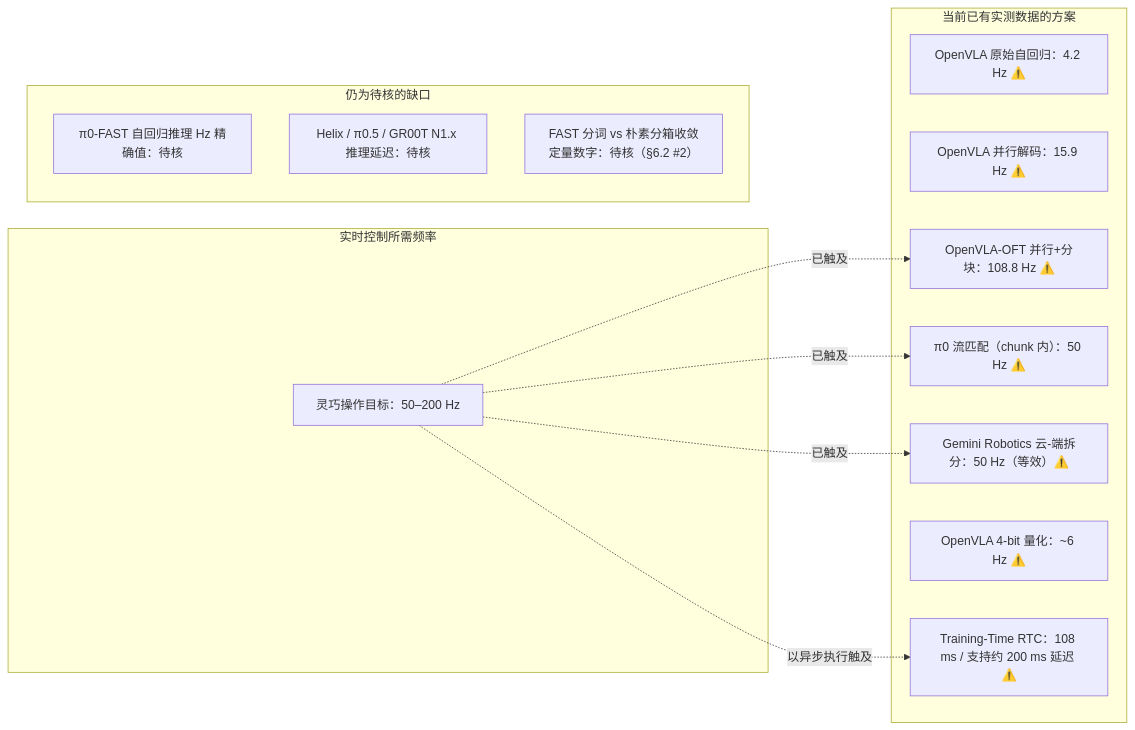
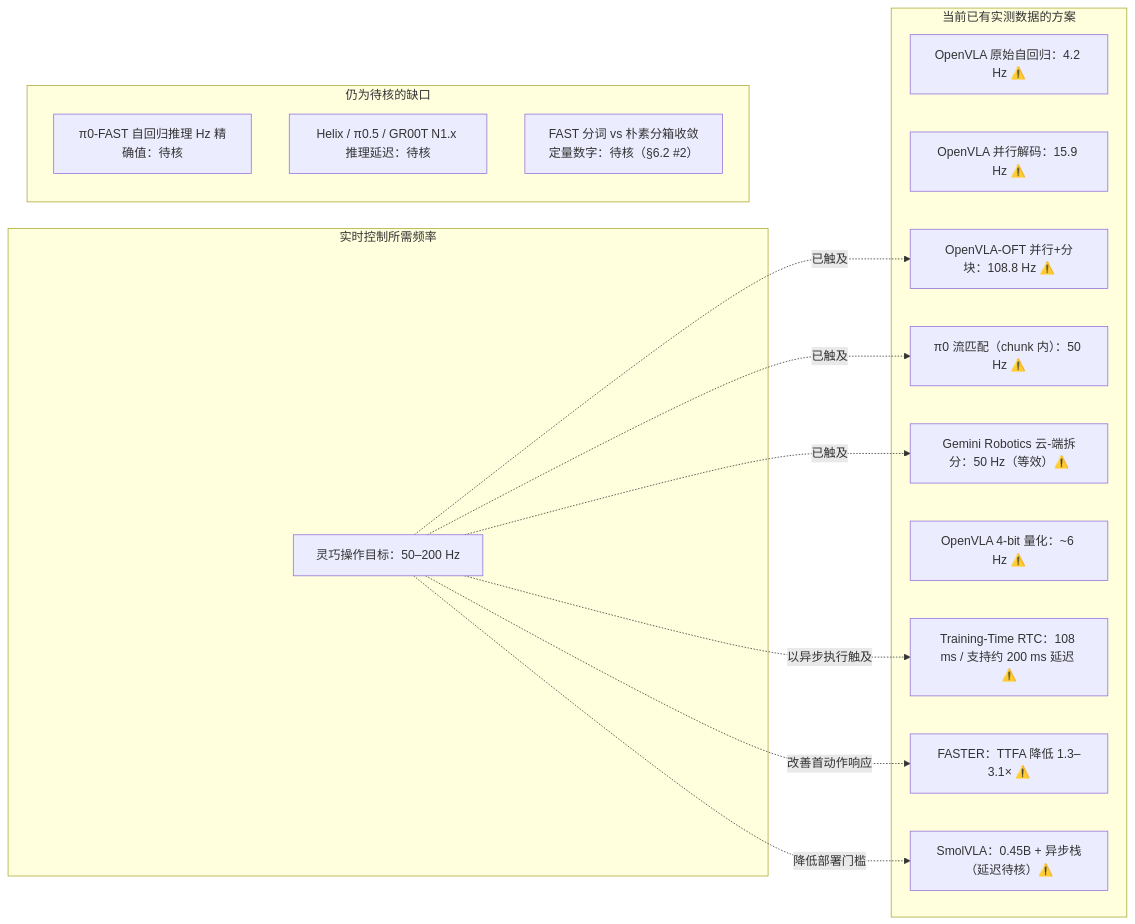
Before and after one commit to ZhuYun97/embodied-ai-learning: the second of 2 diagrams in docs/vla/papers/inference-deployment.md, drawn with Mermaid. The commit also changed other lines of this file, not shown here.

````diff
--- a/docs/vla/papers/inference-deployment.md
+++ b/docs/vla/papers/inference-deployment.md
@@ -136,24 +185,28 @@
 ```mermaid
 graph LR
     subgraph 缺口["实时控制所需频率"]
         REQ["灵巧操作目标：50–200 Hz"]
     end
     subgraph 进展["当前已有实测数据的方案"]
         A["OpenVLA 原始自回归：4.2 Hz ⚠️"]
         B["OpenVLA 并行解码：15.9 Hz ⚠️"]
         C["OpenVLA-OFT 并行+分块：108.8 Hz ⚠️"]
         D["π0 流匹配（chunk 内）：50 Hz ⚠️"]
         E["Gemini Robotics 云-端拆分：50 Hz（等效）⚠️"]
         F["OpenVLA 4-bit 量化：~6 Hz ⚠️"]
         G["Training-Time RTC：108 ms / 支持约 200 ms 延迟 ⚠️"]
+        H["FASTER：TTFA 降低 1.3–3.1× ⚠️"]
+        I["SmolVLA：0.45B + 异步栈（延迟待核）⚠️"]
     end
     subgraph 空白["仍为待核的缺口"]
         X["π0-FAST 自回归推理 Hz 精确值：待核"]
         Y["Helix / π0.5 / GR00T N1.x 推理延迟：待核"]
         Z["FAST 分词 vs 朴素分箱收敛定量数字：待核（§6.2 #2）"]
     end
     REQ -.->|已触及| C
     REQ -.->|已触及| D
     REQ -.->|已触及| E
     REQ -.->|以异步执行触及| G
+    REQ -.->|改善首动作响应| H
+    REQ -.->|降低部署门槛| I
 ```
````
